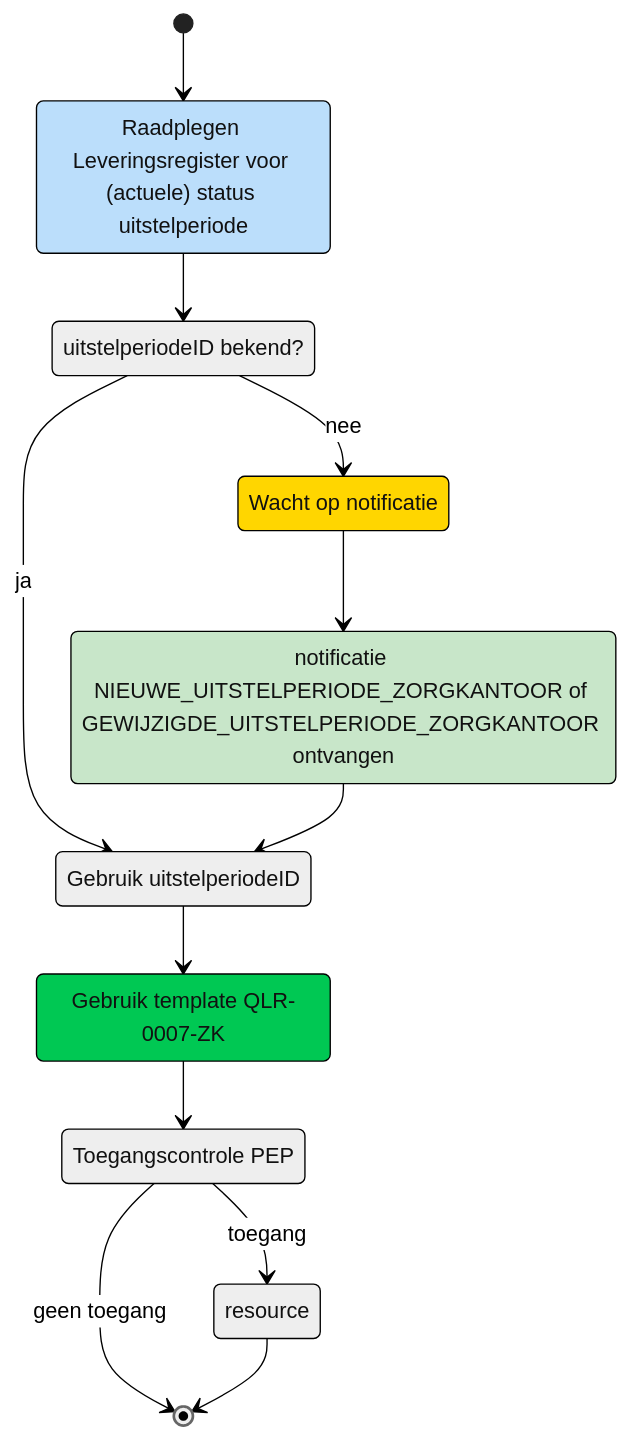
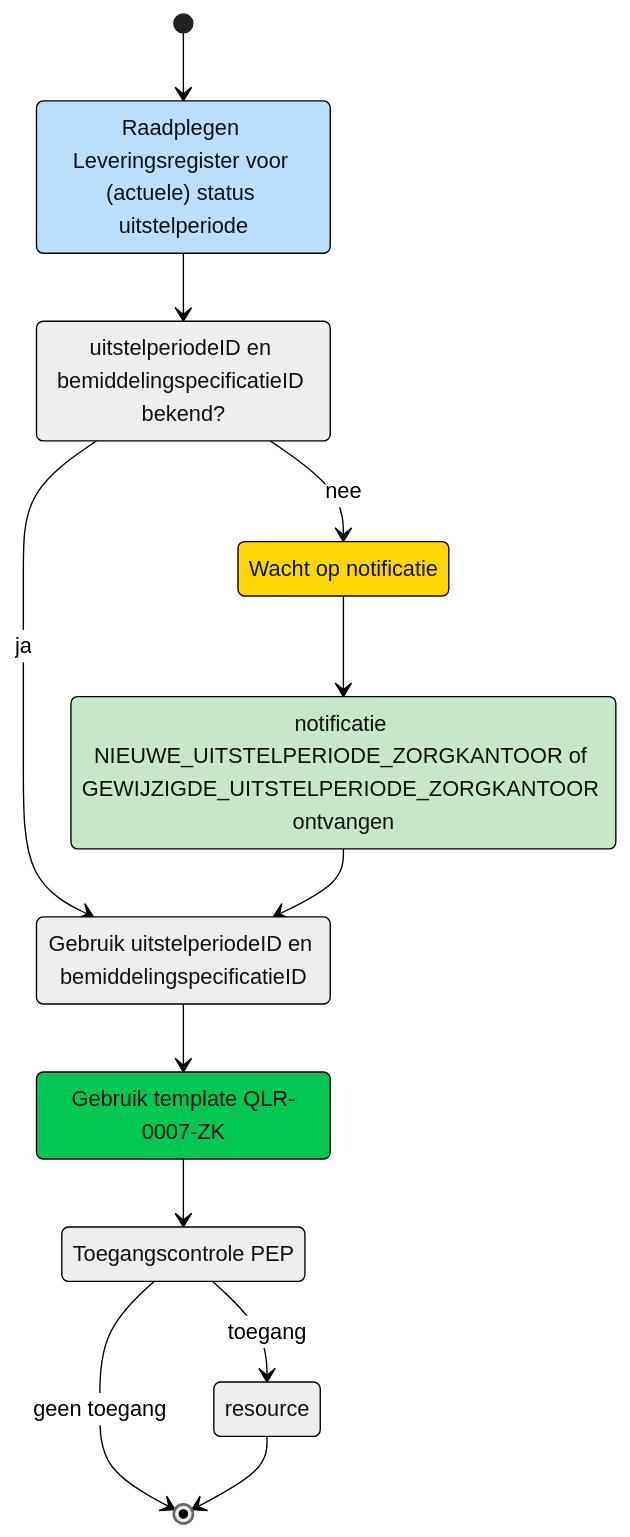
The second of 2 diagrams in raadplegen/zorgkantoor/UCLR-0007-raadplegen.md (iStandaarden/iWlz-levering), drawn with Mermaid before and after one commit. The commit also changed other lines of this file and 3 other files, not shown here.

````diff
--- a/raadplegen/zorgkantoor/UCLR-0007-raadplegen.md
+++ b/raadplegen/zorgkantoor/UCLR-0007-raadplegen.md
@@ -53,32 +53,32 @@
 ```mermaid
 ---
 config:
   theme: neutral
   look: classic
 ---
 stateDiagram
   direction TB
   [*] --> raadplegen
   idAvailable --> notifyWait:nee
   idAvailable --> QBR0001ZAiq:ja
   notifyWait --> notifyReceive
   notifyReceive --> QBR0001ZAiq
   QBR0001ZAiq --> QBR0001ZA
   QBR0001ZA --> PEP
   PEP --> [*]:geen toegang
   PEP --> resource:toegang
   resource --> [*]
   raadplegen --> idAvailable
   raadplegen:Raadplegen Leveringsregister voor (actuele) status uitstelperiode
-  idAvailable:uitstelperiodeID bekend?
+  idAvailable:uitstelperiodeID en bemiddelingspecificatieID bekend?
   notifyWait:Wacht op notificatie
-  QBR0001ZAiq:Gebruik uitstelperiodeID
+  QBR0001ZAiq:Gebruik uitstelperiodeID en bemiddelingspecificatieID
   notifyReceive:notificatie NIEUWE_UITSTELPERIODE_ZORGKANTOOR of GEWIJZIGDE_UITSTELPERIODE_ZORGKANTOOR ontvangen
   QBR0001ZA:Gebruik template QLR-0007-ZK
   PEP:Toegangscontrole PEP
   style raadplegen fill:#BBDEFB,color:none
   style notifyWait fill:#FFD600
   style notifyReceive fill:#C8E6C9
   style QBR0001ZA fill:#00C853
 
 ```
````
